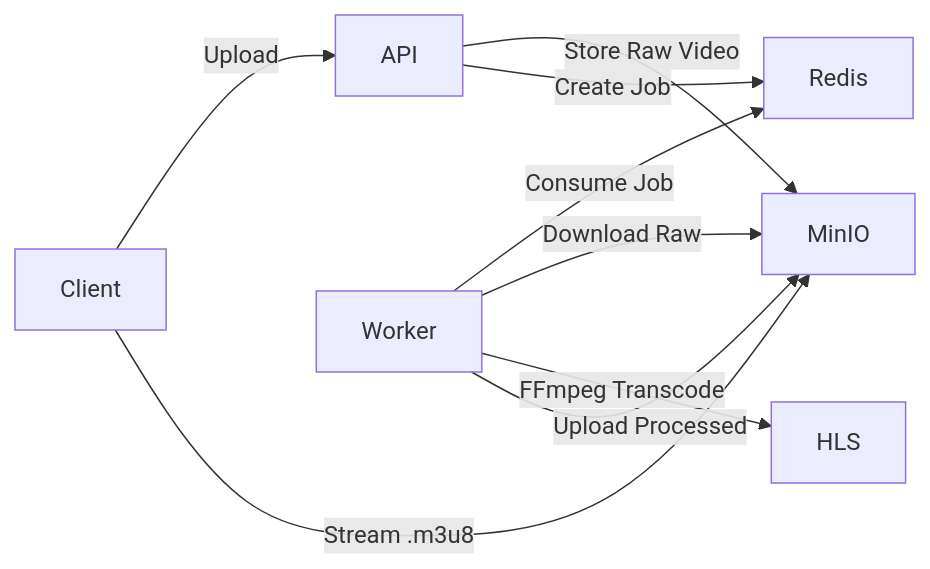
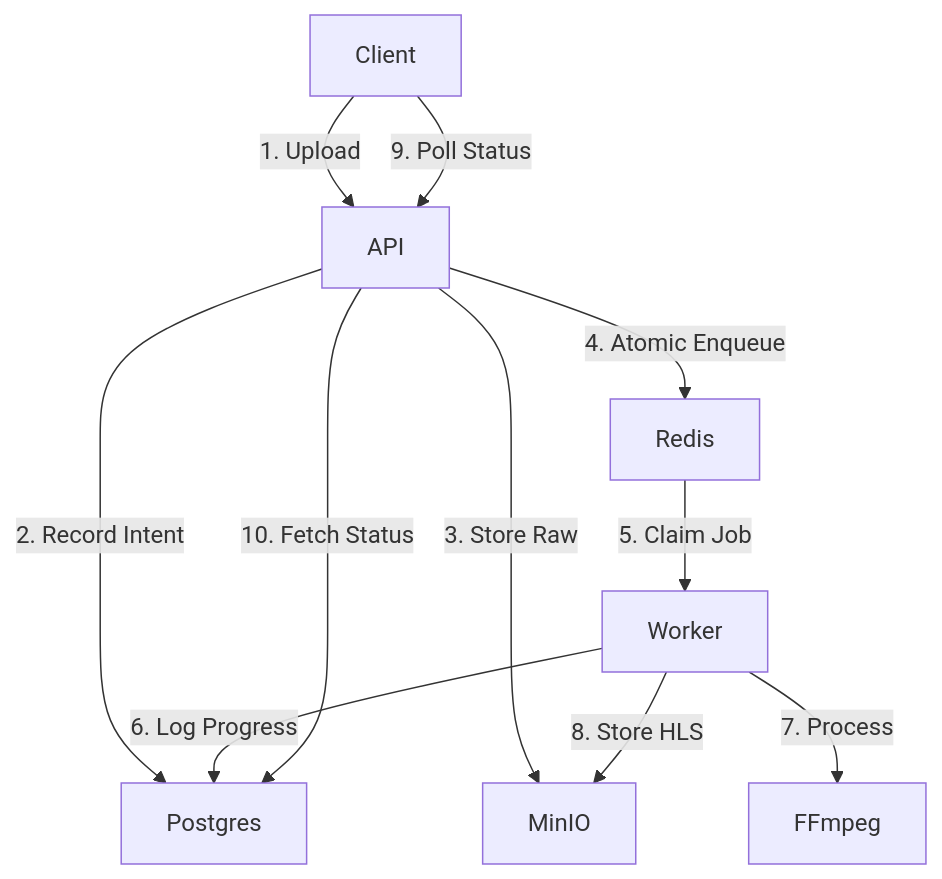
The diagram in README.md (DipHldr/scalable_file_uploader), drawn with Mermaid before and after one commit. The commit also changed other lines of this file and 2 other files, not shown here.

````diff
--- a/README.md
+++ b/README.md
@@ -75,11 +149,13 @@
 ```mermaid
-flowchart LR
-    Client -->|Upload| API
-    API -->|Store Raw Video| MinIO
-    API -->|Create Job| Redis
-    Worker -->|Consume Job| Redis
-    Worker -->|Download Raw| MinIO
-    Worker -->|FFmpeg Transcode| HLS
-    Worker -->|Upload Processed| MinIO
-    Client -->|Stream .m3u8| MinIO
+  flowchart TD
+    Client -->|1. Upload| API
+    API -->|2. Record Intent| Postgres
+    API -->|3. Store Raw| MinIO
+    API -->|4. Atomic Enqueue| Redis
+    Redis -->|5. Claim Job| Worker
+    Worker -->|6. Log Progress| Postgres
+    Worker -->|7. Process| FFmpeg
+    Worker -->|8. Store HLS| MinIO
+    Client -->|9. Poll Status| API
+    API -->|10. Fetch Status| Postgres
   ```
````
